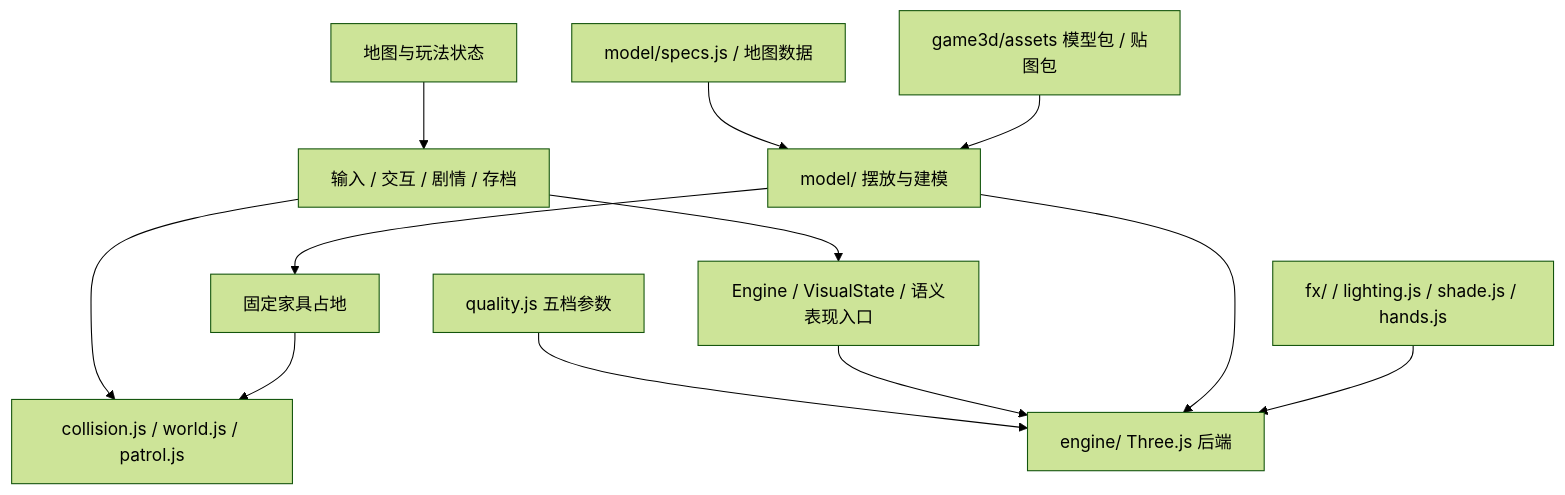
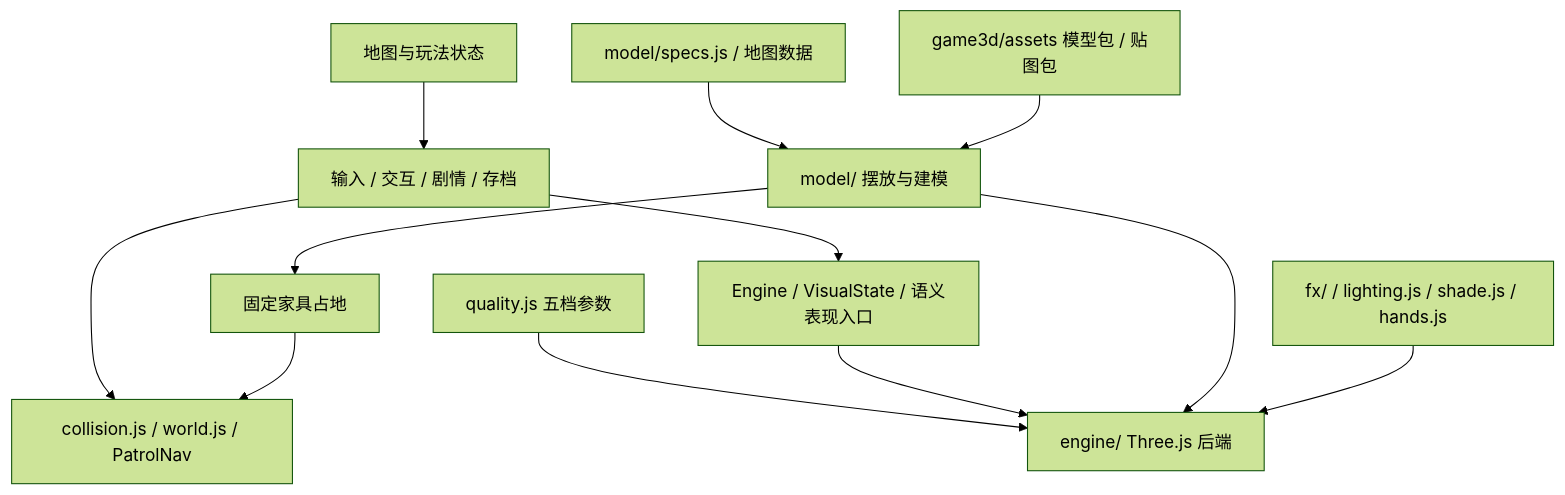
The diagram in docs/3D代码审查报告.md (chorusfruit-233/wdfz), drawn with Mermaid (forest theme) before and after one commit. The commit also changed other lines of this file and 51 other files, not shown here.

````diff
--- a/docs/3D代码审查报告.md
+++ b/docs/3D代码审查报告.md
@@ -19,14 +19,14 @@
 ```mermaid
 flowchart TD
   Data[地图与玩法状态] --> Logic[输入 / 交互 / 剧情 / 存档]
-  Logic --> Physics[collision.js / world.js / patrol.js]
+  Logic --> Physics[collision.js / world.js / PatrolNav]
   Logic --> API[Engine / VisualState / 语义表现入口]
   Quality[quality.js 五档参数] --> Backend[engine/ Three.js 后端]
   API --> Backend
   Spec[model/specs.js / 地图数据] --> Models[model/ 摆放与建模]
   Packs[game3d/assets 模型包 / 贴图包] --> Models
   Models --> Backend
   Models --> Foot[固定家具占地]
   Foot --> Physics
   FX[fx/ / lighting.js / shade.js / hands.js] --> Backend
 ```
````
